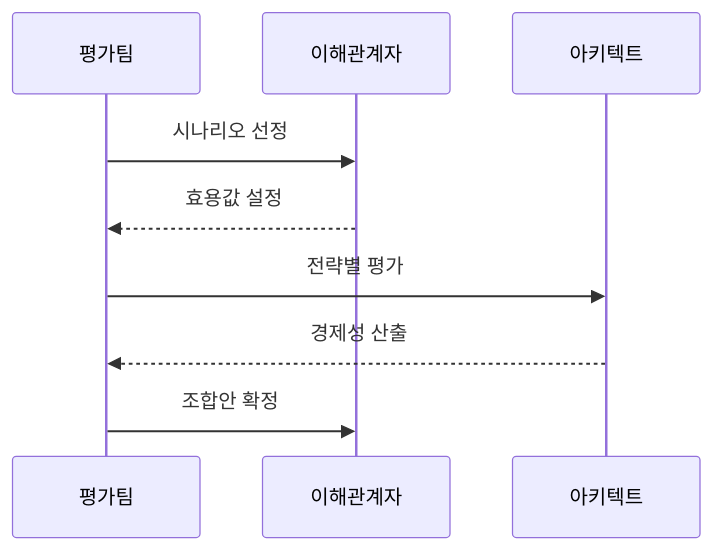
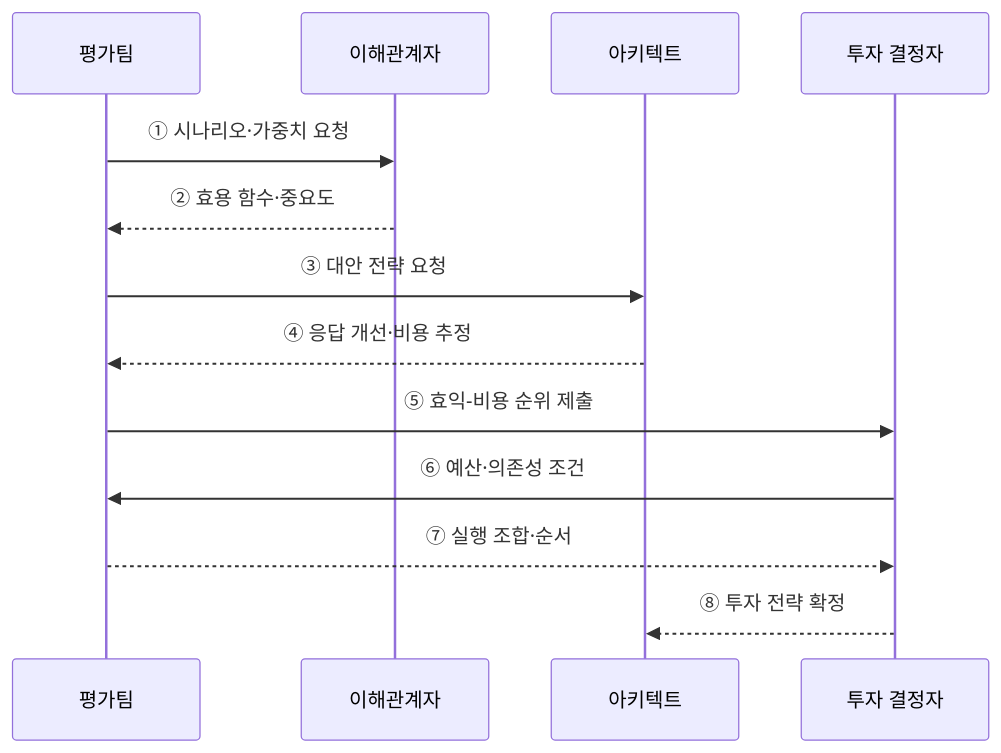
Before and after one commit to agnusdei1207/knowledge-base: the second of 2 diagrams in src/content/docs/notes/03-software/072_cbam.md, drawn with Mermaid. The commit also changed other lines of this file and 20 other files, not shown here.

````diff
--- a/src/content/docs/notes/03-software/072_cbam.md
+++ b/src/content/docs/notes/03-software/072_cbam.md
@@ -78,11 +70,15 @@
 ```mermaid
 sequenceDiagram
     participant T as 평가팀
     participant S as 이해관계자
     participant A as 아키텍트
-    T->>S: 시나리오 선정
-    S-->>T: 효용값 설정
-    T->>A: 전략별 평가
-    A-->>T: 경제성 산출
-    T->>S: 조합안 확정
+    participant D as 투자 결정자
+    T->>S: ① 시나리오·가중치 요청
+    S-->>T: ② 효용 함수·중요도
+    T->>A: ③ 대안 전략 요청
+    A-->>T: ④ 응답 개선·비용 추정
+    T->>D: ⑤ 효익-비용 순위 제출
+    D->>T: ⑥ 예산·의존성 조건
+    T-->>D: ⑦ 실행 조합·순서
+    D-->>A: ⑧ 투자 전략 확정
 ```
````
